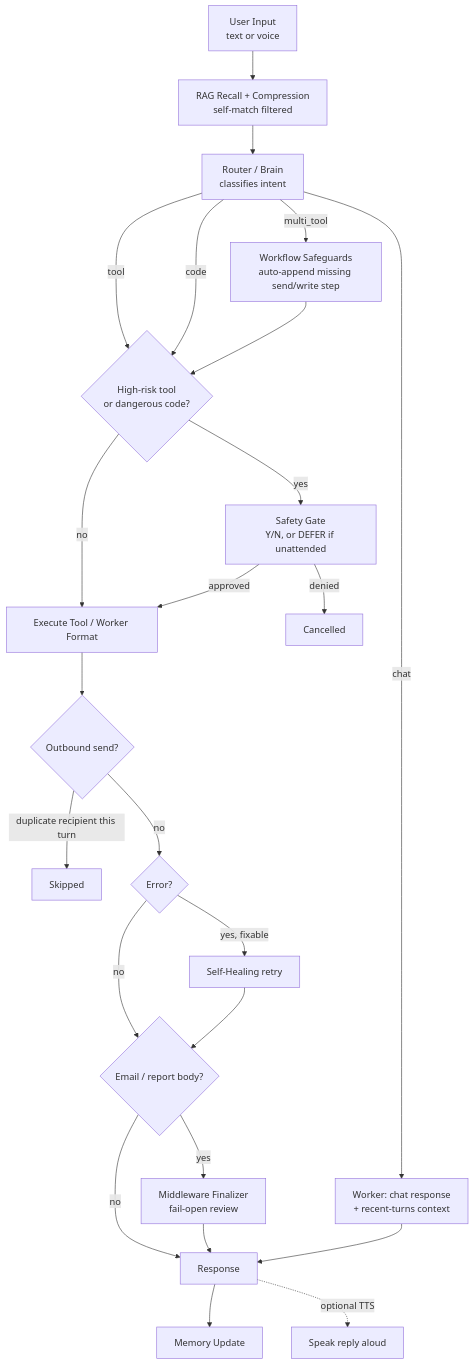
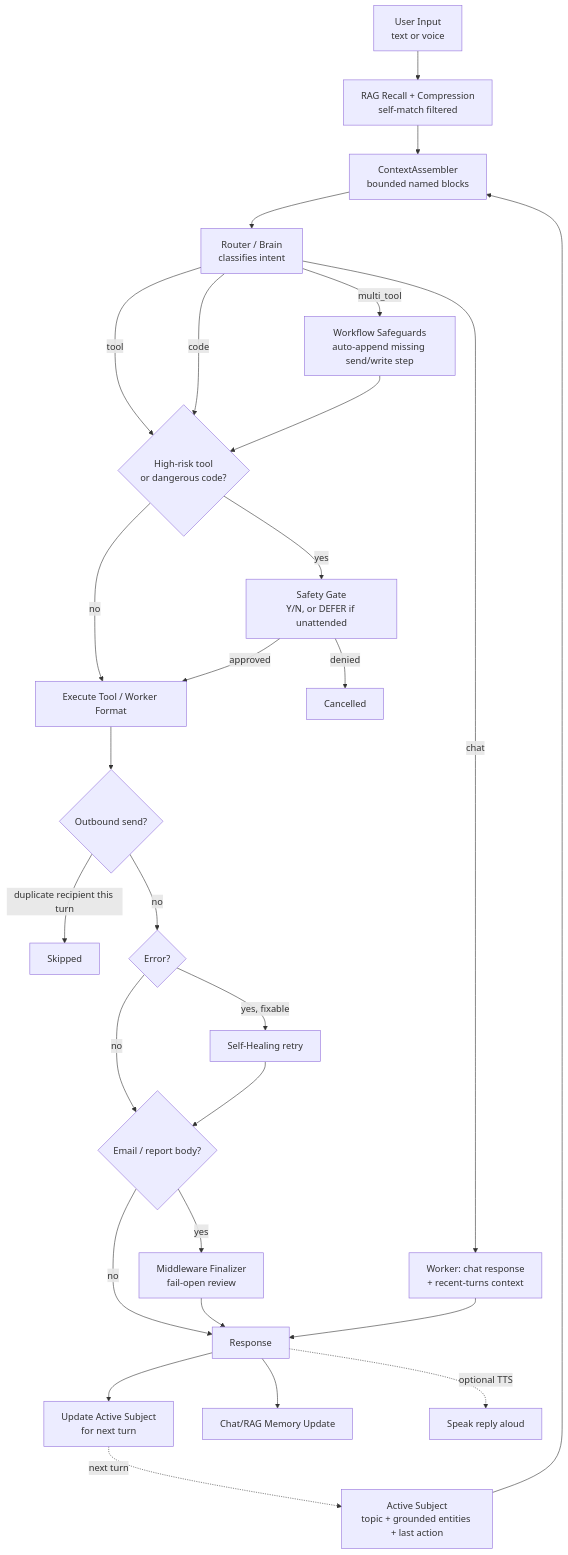
Before and after one commit to KhangTranManh/Ciel-2.0: the diagram in README.md, drawn with Mermaid. The commit also changed other lines of this file and 11 other files, not shown here.

````diff
--- a/README.md
+++ b/README.md
@@ -89,26 +91,30 @@
 ```mermaid
 flowchart TD
     U[User Input<br/>text or voice] --> RAG[RAG Recall + Compression<br/>self-match filtered]
-    RAG --> ROUTER["Router / Brain<br/>classifies intent"]
+    RAG --> CTX["ContextAssembler<br/>bounded named blocks"]
+    SUBJECT["Active Subject<br/>topic + grounded entities + last action"] --> CTX
+    CTX --> ROUTER["Router / Brain<br/>classifies intent"]
     ROUTER -->|chat| CHAT["Worker: chat response<br/>+ recent-turns context"]
     ROUTER -->|tool| SAFE1{High-risk tool<br/>or dangerous code?}
     ROUTER -->|code| SAFE1
     ROUTER -->|multi_tool| SAFEGUARD["Workflow Safeguards<br/>auto-append missing send/write step"]
     SAFEGUARD --> SAFE1
     SAFE1 -->|yes| GATE["Safety Gate<br/>Y/N, or DEFER if unattended"]
     SAFE1 -->|no| EXEC[Execute Tool / Worker Format]
     GATE -->|approved| EXEC
     GATE -->|denied| CANCEL[Cancelled]
     EXEC --> DEDUPE{Outbound send?}
     DEDUPE -->|duplicate recipient this turn| SKIP[Skipped]
     DEDUPE -->|no| HEAL{Error?}
     HEAL -->|yes, fixable| RETRY[Self-Healing retry]
     HEAL -->|no| MID{Email / report body?}
     RETRY --> MID
     MID -->|yes| MW["Middleware Finalizer<br/>fail-open review"]
     MID -->|no| RESP[Response]
     MW --> RESP
     CHAT --> RESP
-    RESP --> MEM[Memory Update]
+    RESP --> UPDATE["Update Active Subject<br/>for next turn"]
+    UPDATE -.next turn.-> SUBJECT
+    RESP --> MEM[Chat/RAG Memory Update]
     RESP -.optional TTS.-> SPK[Speak reply aloud]
 ```
````
